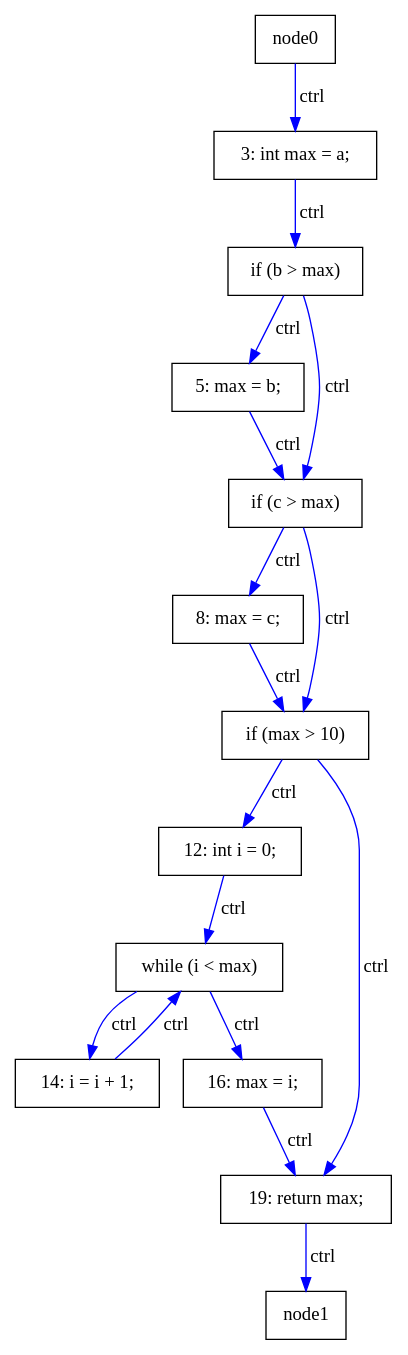
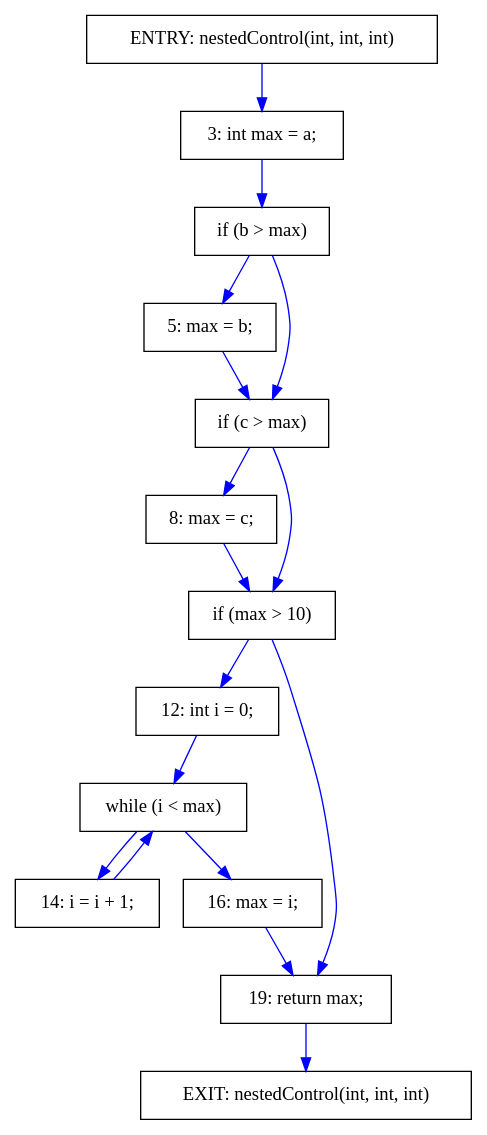
Before and after one commit to khaser/java-pdg: the diagram in results/NestedControl.dot, drawn with Graphviz. The commit also changed 21 other files, not shown here.

```diff
--- a/results/NestedControl.dot
+++ b/results/NestedControl.dot
@@ -1,33 +1,35 @@
 digraph PDG {
   rankdir=TB;
   node [shape=box];
 
+  node0 [label="ENTRY: nestedControl(int, int, int)"];
+  node1 [label="EXIT: nestedControl(int, int, int)"];
   node2 [label="3: int max = a;"];
   node3 [label="if (b > max)"];
   node4 [label="5: max = b;"];
   node5 [label="if (c > max)"];
   node6 [label="8: max = c;"];
   node7 [label="if (max > 10)"];
   node8 [label="12: int i = 0;"];
   node9 [label="while (i < max)"];
   node10 [label="14: i = i + 1;"];
   node11 [label="16: max = i;"];
   node12 [label="19: return max;"];
 
-  node3 -> node4 [label="ctrl", color=blue];
-  node5 -> node6 [label="ctrl", color=blue];
-  node9 -> node10 [label="ctrl", color=blue];
-  node7 -> node8 [label="ctrl", color=blue];
-  node0 -> node2 [label="ctrl", color=blue];
-  node2 -> node3 [label="ctrl", color=blue];
-  node4 -> node5 [label="ctrl", color=blue];
-  node3 -> node5 [label="ctrl", color=blue];
-  node6 -> node7 [label="ctrl", color=blue];
-  node5 -> node7 [label="ctrl", color=blue];
-  node8 -> node9 [label="ctrl", color=blue];
-  node9 -> node11 [label="ctrl", color=blue];
-  node10 -> node9 [label="ctrl", color=blue];
-  node11 -> node12 [label="ctrl", color=blue];
-  node7 -> node12 [label="ctrl", color=blue];
-  node12 -> node1 [label="ctrl", color=blue];
+  node3 -> node4 [label="", color=blue];
+  node5 -> node6 [label="", color=blue];
+  node9 -> node10 [label="", color=blue];
+  node7 -> node8 [label="", color=blue];
+  node0 -> node2 [label="", color=blue];
+  node2 -> node3 [label="", color=blue];
+  node4 -> node5 [label="", color=blue];
+  node3 -> node5 [label="", color=blue];
+  node6 -> node7 [label="", color=blue];
+  node5 -> node7 [label="", color=blue];
+  node8 -> node9 [label="", color=blue];
+  node9 -> node11 [label="", color=blue];
+  node10 -> node9 [label="", color=blue];
+  node11 -> node12 [label="", color=blue];
+  node7 -> node12 [label="", color=blue];
+  node12 -> node1 [label="", color=blue];
 }
```
